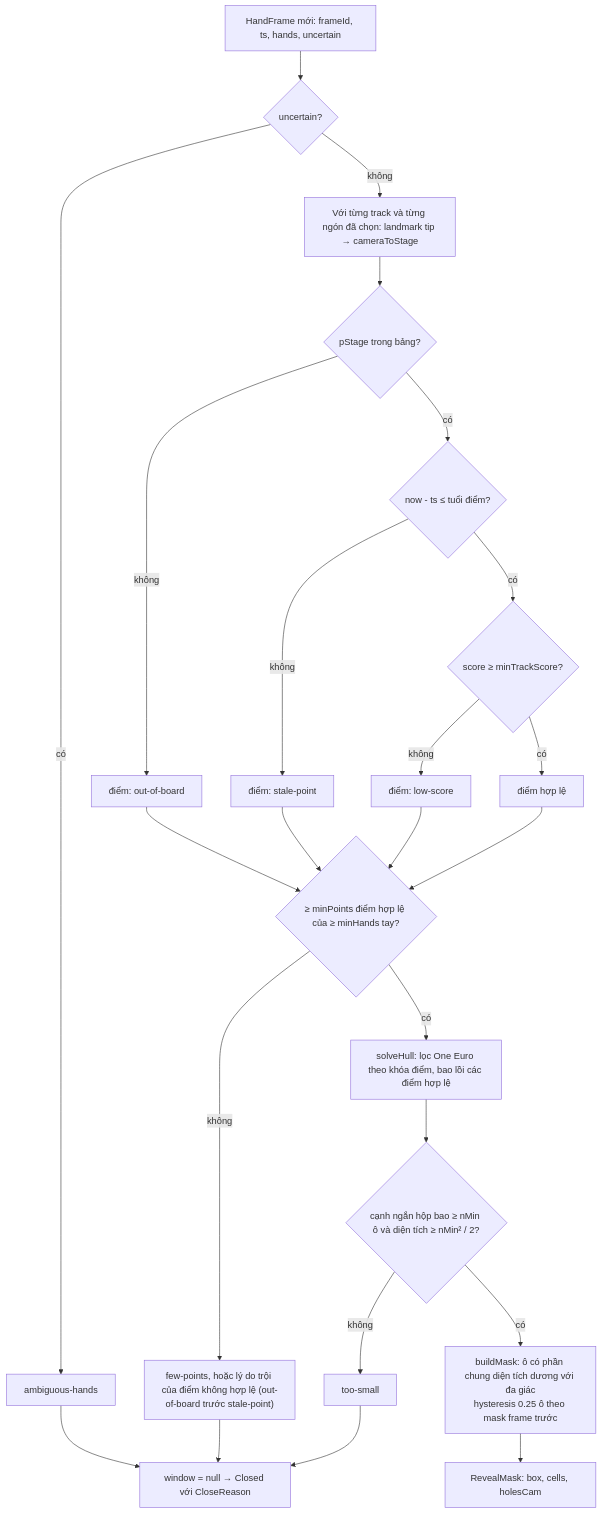
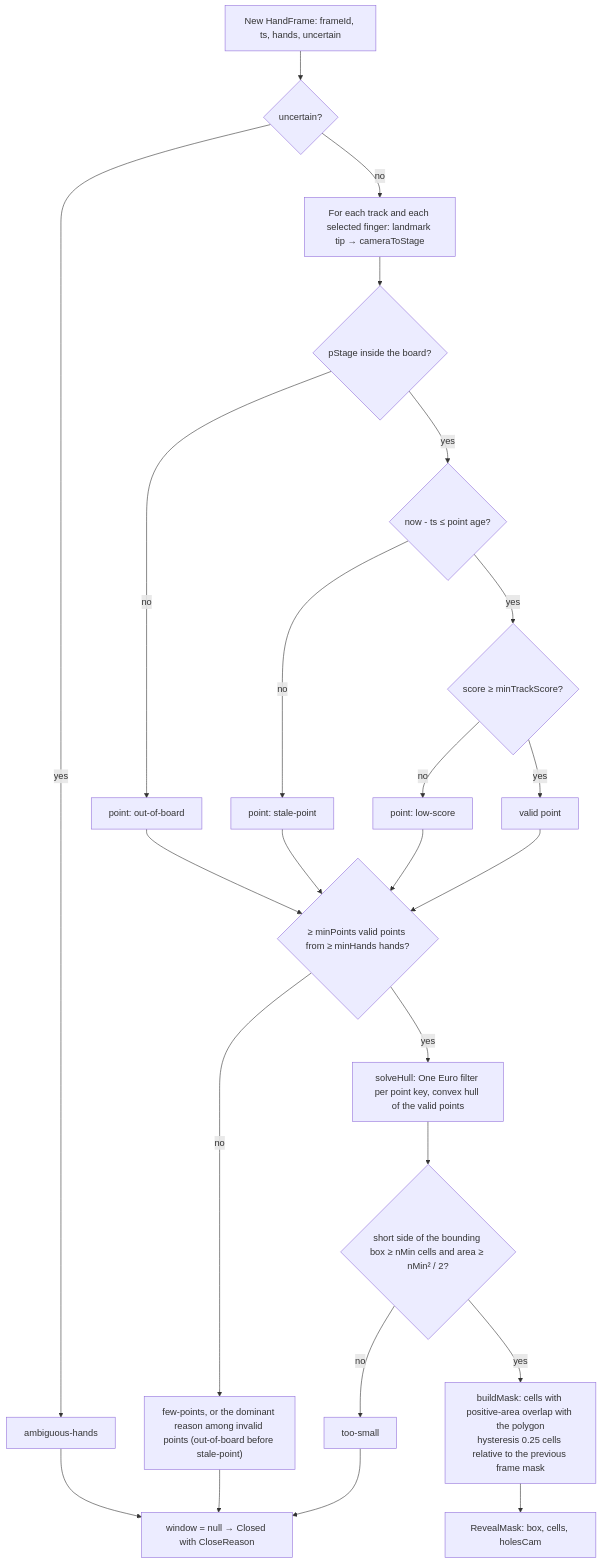
Before and after one commit to Lorah101204/Finger_And_Face_Tracking: the tenth of 18 diagrams in docs/WORK-BREAKDOWN.md, drawn with Mermaid. The commit also changed other lines of this file and 35 other files, not shown here.

````diff
--- a/docs/WORK-BREAKDOWN.md
+++ b/docs/WORK-BREAKDOWN.md
@@ -594,25 +594,25 @@
 ```mermaid
 flowchart TD
-  HF["HandFrame mới: frameId, ts, hands, uncertain"] --> U{"uncertain?"}
-  U -- có --> R1["ambiguous-hands"]
-  U -- không --> S["Với từng track và từng ngón đã chọn: landmark tip → cameraToStage"]
-  S --> B{"pStage trong bảng?"}
-  B -- không --> X1["điểm: out-of-board"]
-  B -- có --> FR{"now - ts ≤ tuổi điểm?"}
-  FR -- không --> X2["điểm: stale-point"]
-  FR -- có --> SC{"score ≥ minTrackScore?"}
-  SC -- không --> X3["điểm: low-score"]
-  SC -- có --> OK["điểm hợp lệ"]
+  HF["New HandFrame: frameId, ts, hands, uncertain"] --> U{"uncertain?"}
+  U -- yes --> R1["ambiguous-hands"]
+  U -- no --> S["For each track and each selected finger: landmark tip → cameraToStage"]
+  S --> B{"pStage inside the board?"}
+  B -- no --> X1["point: out-of-board"]
+  B -- yes --> FR{"now - ts ≤ point age?"}
+  FR -- no --> X2["point: stale-point"]
+  FR -- yes --> SC{"score ≥ minTrackScore?"}
+  SC -- no --> X3["point: low-score"]
+  SC -- yes --> OK["valid point"]
   X1 --> ALL
   X2 --> ALL
   X3 --> ALL
-  OK --> ALL{"≥ minPoints điểm hợp lệ của ≥ minHands tay?"}
-  ALL -- không --> R2["few-points, hoặc lý do trội của điểm không hợp lệ (out-of-board trước stale-point)"]
-  R1 --> CLOSE["window = null → Closed với CloseReason"]
+  OK --> ALL{"≥ minPoints valid points from ≥ minHands hands?"}
+  ALL -- no --> R2["few-points, or the dominant reason among invalid points (out-of-board before stale-point)"]
+  R1 --> CLOSE["window = null → Closed with CloseReason"]
   R2 --> CLOSE
-  ALL -- có --> SOLVE["solveHull: lọc One Euro theo khóa điểm, bao lồi các điểm hợp lệ"]
-  SOLVE --> SZ{"cạnh ngắn hộp bao ≥ nMin ô và diện tích ≥ nMin² / 2?"}
-  SZ -- không --> R5["too-small"] --> CLOSE
-  SZ -- có --> RAS["buildMask: ô có phần chung diện tích dương với đa giác<br/>hysteresis 0.25 ô theo mask frame trước"]
+  ALL -- yes --> SOLVE["solveHull: One Euro filter per point key, convex hull of the valid points"]
+  SOLVE --> SZ{"short side of the bounding box ≥ nMin cells and area ≥ nMin² / 2?"}
+  SZ -- no --> R5["too-small"] --> CLOSE
+  SZ -- yes --> RAS["buildMask: cells with positive-area overlap with the polygon<br/>hysteresis 0.25 cells relative to the previous frame mask"]
   RAS --> WIN["RevealMask: box, cells, holesCam"]
 ```
````
